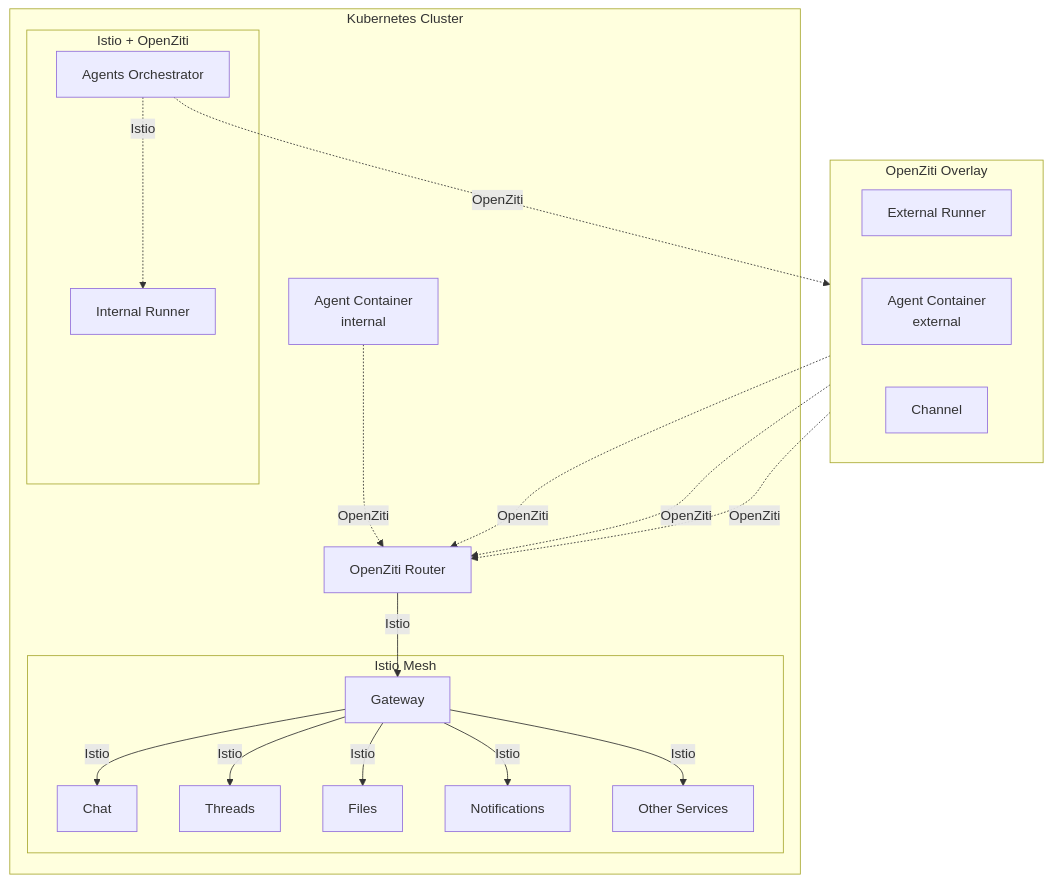
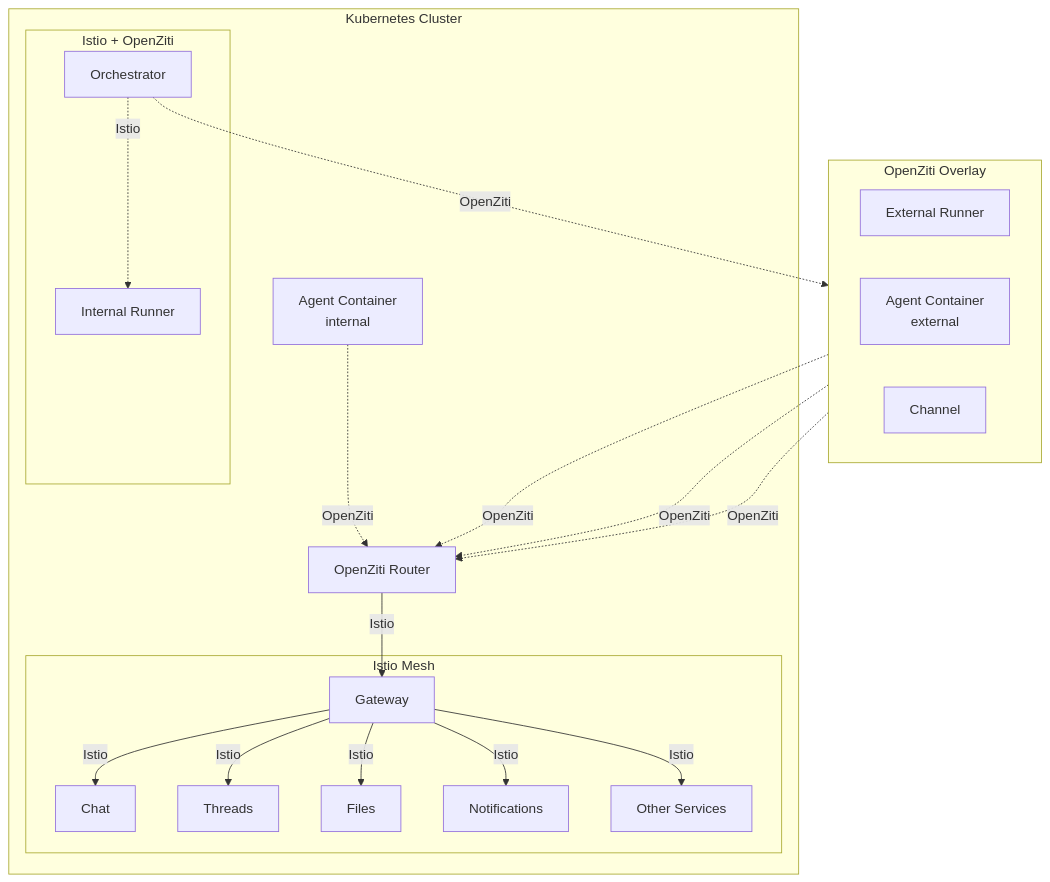
Before and after one commit to agynio/architecture: the fourth of 4 diagrams in architecture/authn.md, drawn with Mermaid. The commit also changed other lines of this file and 12 other files, not shown here.

````diff
--- a/architecture/authn.md
+++ b/architecture/authn.md
@@ -132,38 +132,38 @@
 ```mermaid
 graph TB
     subgraph OpenZiti Overlay
         direction LR
         ExtRunner[External Runner]
         AgentExt[Agent Container<br/>external]
         Channel[Channel]
     end
 
     subgraph Kubernetes Cluster
         subgraph Istio Mesh
             GW[Gateway]
             Chat[Chat]
             Threads[Threads]
             Files[Files]
             Notif[Notifications]
             Other[Other Services]
         end
 
         subgraph Istio + OpenZiti
-            Orch[Agents Orchestrator]
+            Orch[Orchestrator]
             IntRunner[Internal Runner]
         end
 
         AgentInt[Agent Container<br/>internal]
         ZR[OpenZiti Router]
     end
 
     ExtRunner -.->|OpenZiti| ZR
     AgentExt -.->|OpenZiti| ZR
     Channel -.->|OpenZiti| ZR
     AgentInt -.->|OpenZiti| ZR
     Orch -.->|OpenZiti| ExtRunner
     Orch -.->|Istio| IntRunner
 
     ZR -->|Istio| GW
     GW -->|Istio| Chat & Threads & Files & Notif & Other
 ```
````
